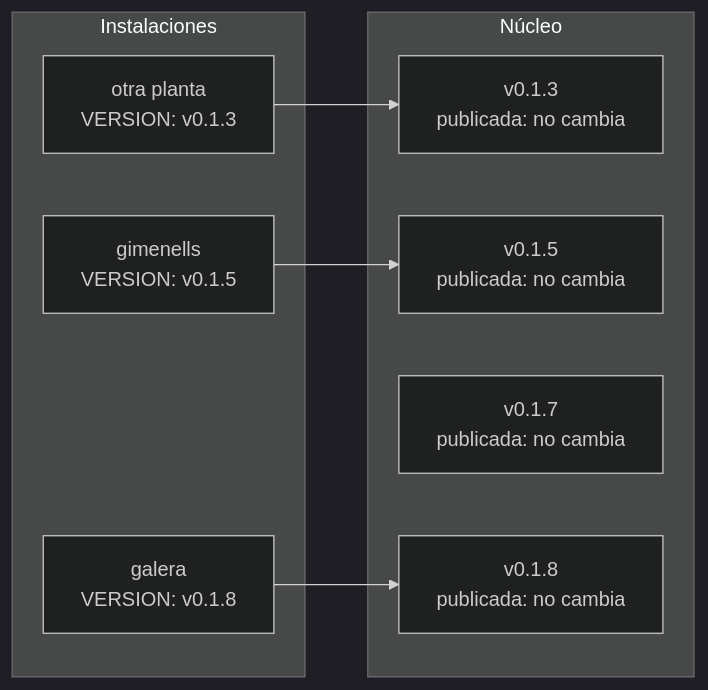
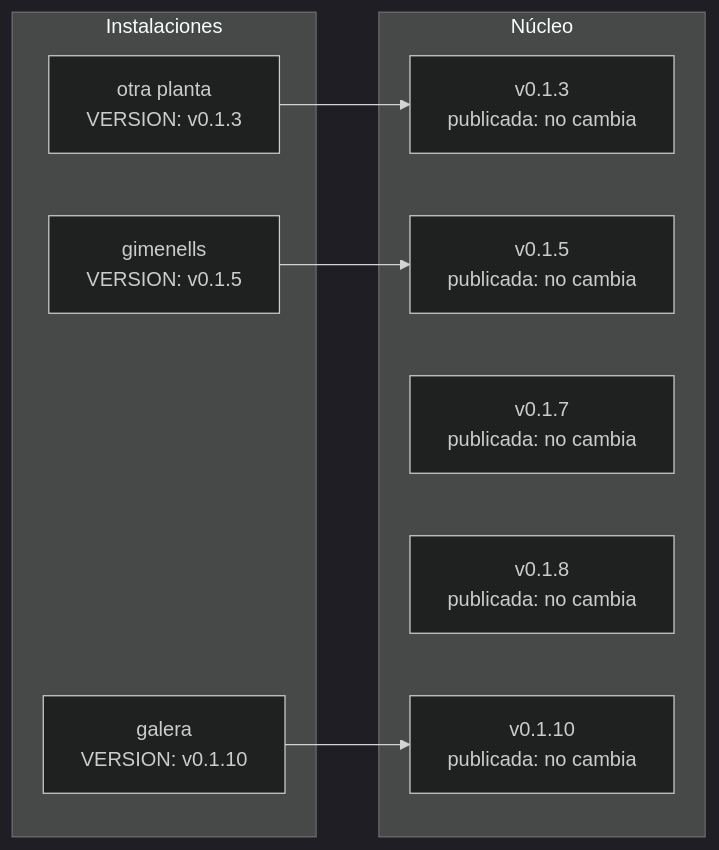
Before and after one commit to mcamasanz/TeOdora: the diagram in README.md, drawn with Mermaid (dark theme). The commit also changed other lines of this file and 19 other files, not shown here.

````diff
--- a/README.md
+++ b/README.md
@@ -82,17 +82,18 @@
 ```mermaid
 flowchart LR
     subgraph plantas [Instalaciones]
-        A["galera<br/>VERSION: v0.1.8"]
+        A["galera<br/>VERSION: v0.1.10"]
         C["gimenells<br/>VERSION: v0.1.5"]
         B["otra planta<br/>VERSION: v0.1.3"]
     end
     subgraph nucleo [Núcleo]
         V3["v0.1.3<br/>publicada: no cambia"]
         V4["v0.1.5<br/>publicada: no cambia"]
         V5["v0.1.7<br/>publicada: no cambia"]
         V6["v0.1.8<br/>publicada: no cambia"]
+        V7["v0.1.10<br/>publicada: no cambia"]
     end
-    A --> V6
+    A --> V7
     C --> V4
     B --> V3
 ```
````
